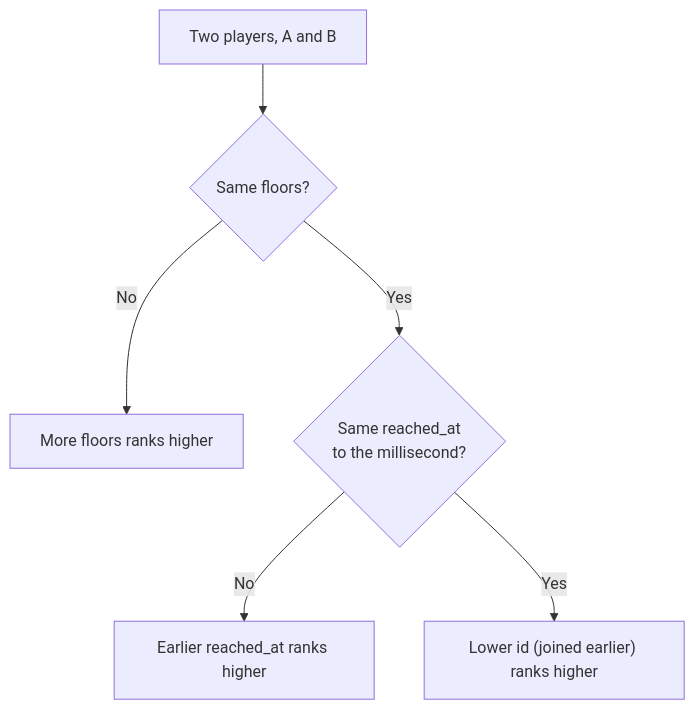
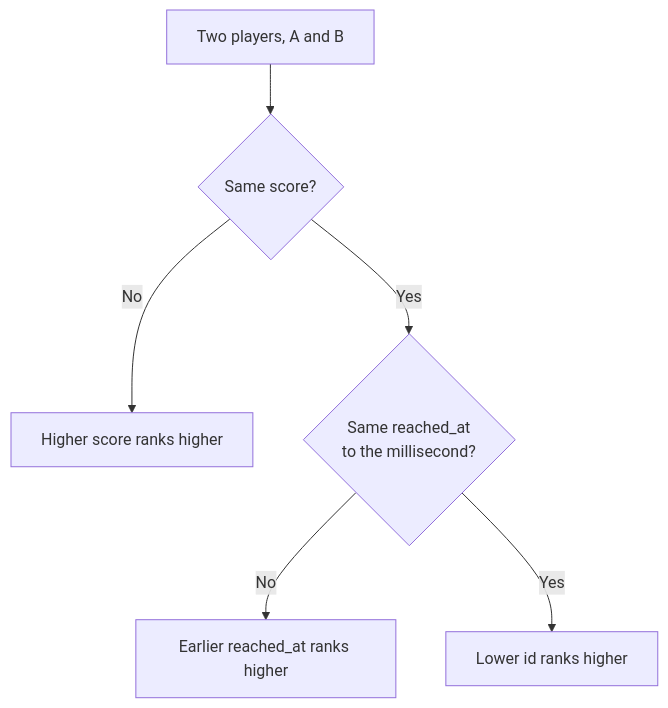
One commit to dikmedvescekmurovec/kobold-clicker changed the fifth of 7 diagrams in backend/leaderboard/README.md. Above: the diagram before and after it, drawn with Mermaid. The commit also changed other lines of this file and 37 other files, not shown here.

````diff
--- a/backend/leaderboard/README.md
+++ b/backend/leaderboard/README.md
@@ -97,8 +299,8 @@
 ```mermaid
 flowchart TD
-    A["Two players, A and B"] --> Q1{"Same floors?"}
-    Q1 -- "No" --> R1["More floors ranks higher"]
+    A["Two players, A and B"] --> Q1{"Same score?"}
+    Q1 -- "No" --> R1["Higher score ranks higher"]
     Q1 -- "Yes" --> Q2{"Same reached_at<br/>to the millisecond?"}
     Q2 -- "No" --> R2["Earlier reached_at ranks higher"]
-    Q2 -- "Yes" --> R3["Lower id (joined earlier) ranks higher"]
+    Q2 -- "Yes" --> R3["Lower id ranks higher"]
 ```
````
